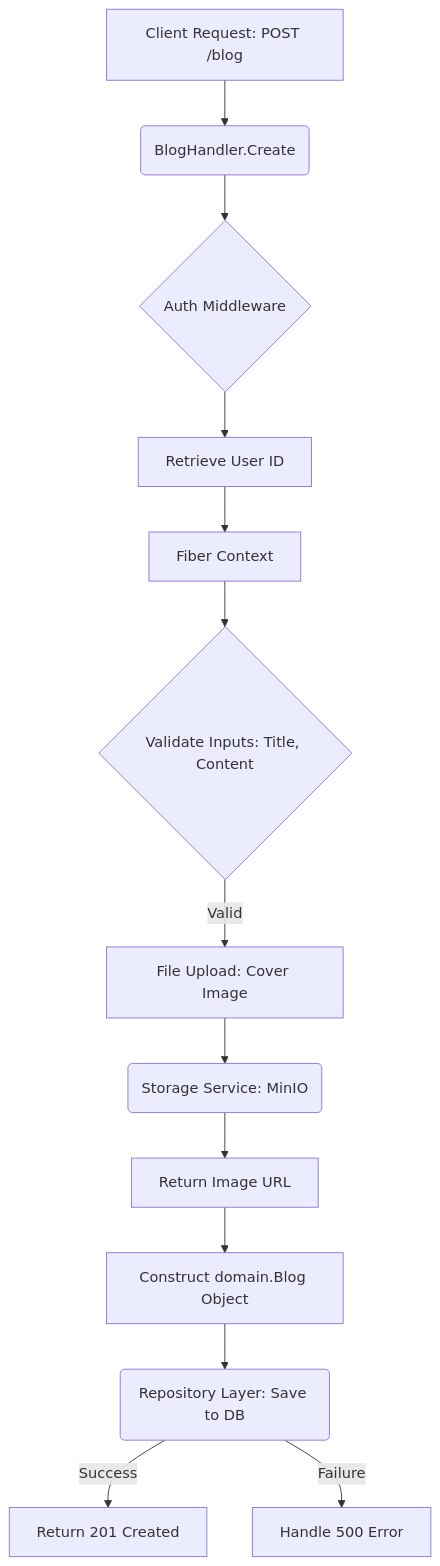
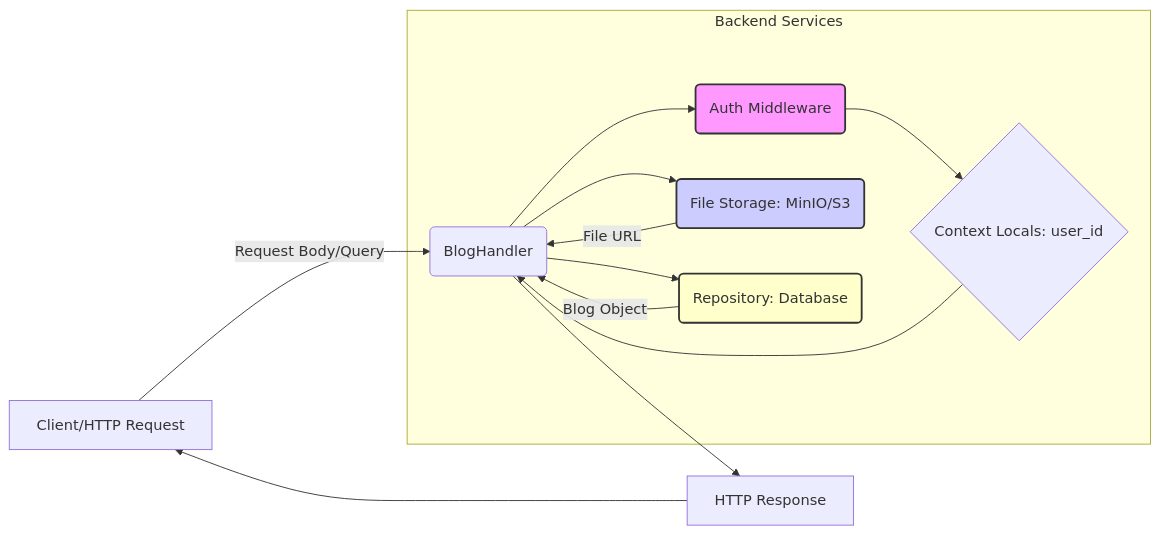
One commit to phungh67/lokask changed the second of 2 diagrams in docs/lokask-backend/backend/internal/handler/blog_handler.md. Above: the diagram before and after it, drawn with Mermaid. The commit also changed other lines of this file and 66 other files, not shown here.

````diff
--- a/docs/lokask-backend/backend/internal/handler/blog_handler.md
+++ b/docs/lokask-backend/backend/internal/handler/blog_handler.md
@@ -69,15 +110,19 @@
 ```mermaid
-graph TD
-    A[Client Request: POST /blog] --> B(BlogHandler.Create);
-    B --> C{Auth Middleware};
-    C --> D[Retrieve User ID];
-    D --> E[Fiber Context];
-    E --> F{Validate Inputs: Title, Content};
-    F -- Valid --> G[File Upload: Cover Image];
-    G --> H(Storage Service: MinIO);
-    H --> I[Return Image URL];
-    I --> J[Construct domain.Blog Object];
-    J --> K(Repository Layer: Save to DB);
-    K -- Success --> L[Return 201 Created];
-    K -- Failure --> M[Handle 500 Error];
+graph LR
+    A[Client/HTTP Request] -->|Request Body/Query| B(BlogHandler);
+    subgraph Backend Services
+        B --> C(Auth Middleware);
+        C --> D{Context Locals: user_id};
+        B --> E(File Storage: MinIO/S3);
+        B --> F(Repository: Database);
+    end
+    D --> B;
+    E -->|File URL| B;
+    F -->|Blog Object| B;
+    B --> G[HTTP Response];
+    G --> A;
+
+    style C fill:#f9f,stroke:#333,stroke-width:2px
+    style E fill:#ccf,stroke:#333,stroke-width:2px
+    style F fill:#ffc,stroke:#333,stroke-width:2px
 ```
````
